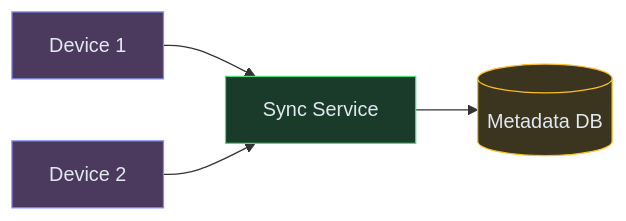
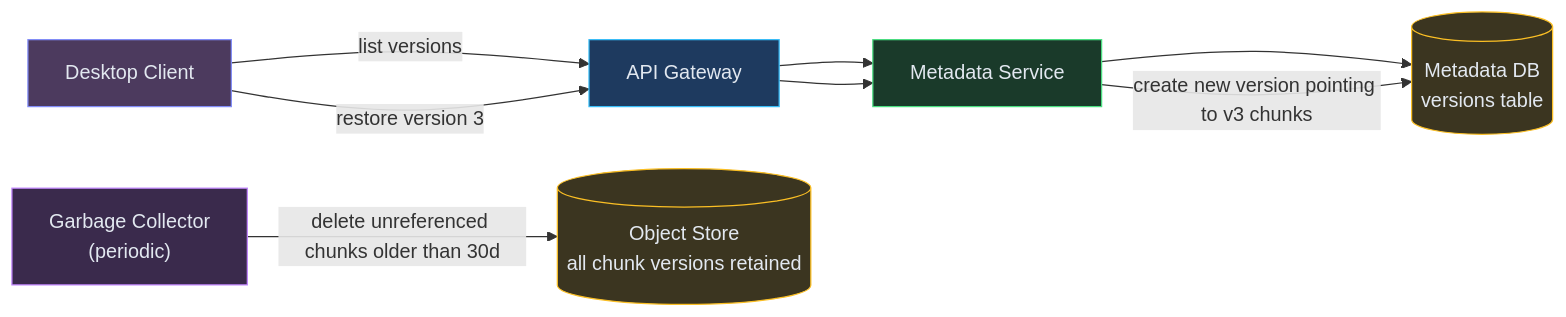
The fourth of 7 diagrams in content/hld/Dropbox.md (iluzn/HLD-Designs), drawn with Mermaid before and after one commit. The commit also changed other lines of this file and 26 other files, not shown here.

First line of the commit message:
revert: Restore all HLD designs to original state

````diff
--- a/content/hld/Dropbox.md
+++ b/content/hld/Dropbox.md
@@ -140,15 +259,23 @@
 ```mermaid
 flowchart LR
-    DEV1["Device 1"]:::client
-    DEV2["Device 2"]:::client
-    API["Sync Service"]:::service
-    META[("Metadata DB")]:::data
+    CLIENT["Desktop Client"]:::client
+    API["API Gateway"]:::edge
+    META["Metadata Service"]:::service
+    METADB[("Metadata DB<br/>versions table")]:::data
+    OBJSTORE[("Object Store<br/>all chunk versions retained")]:::data
+    GC["Garbage Collector<br/>(periodic)"]:::async
 
-    DEV1 --> API
-    DEV2 --> API
+    CLIENT -->|"list versions"| API
     API --> META
+    META --> METADB
+    CLIENT -->|"restore version 3"| API
+    API --> META
+    META -->|"create new version pointing to v3 chunks"| METADB
+    GC -->|"delete unreferenced chunks older than 30d"| OBJSTORE
 
     classDef client fill:#4c3a5e,stroke:#818cf8,color:#e2e8f0
+    classDef edge fill:#1e3a5f,stroke:#38bdf8,color:#e2e8f0
     classDef service fill:#1a3a2a,stroke:#4ade80,color:#e2e8f0
     classDef data fill:#3b3520,stroke:#fbbf24,color:#e2e8f0
+    classDef async fill:#3a2a4c,stroke:#c084fc,color:#e2e8f0
 ```
````
